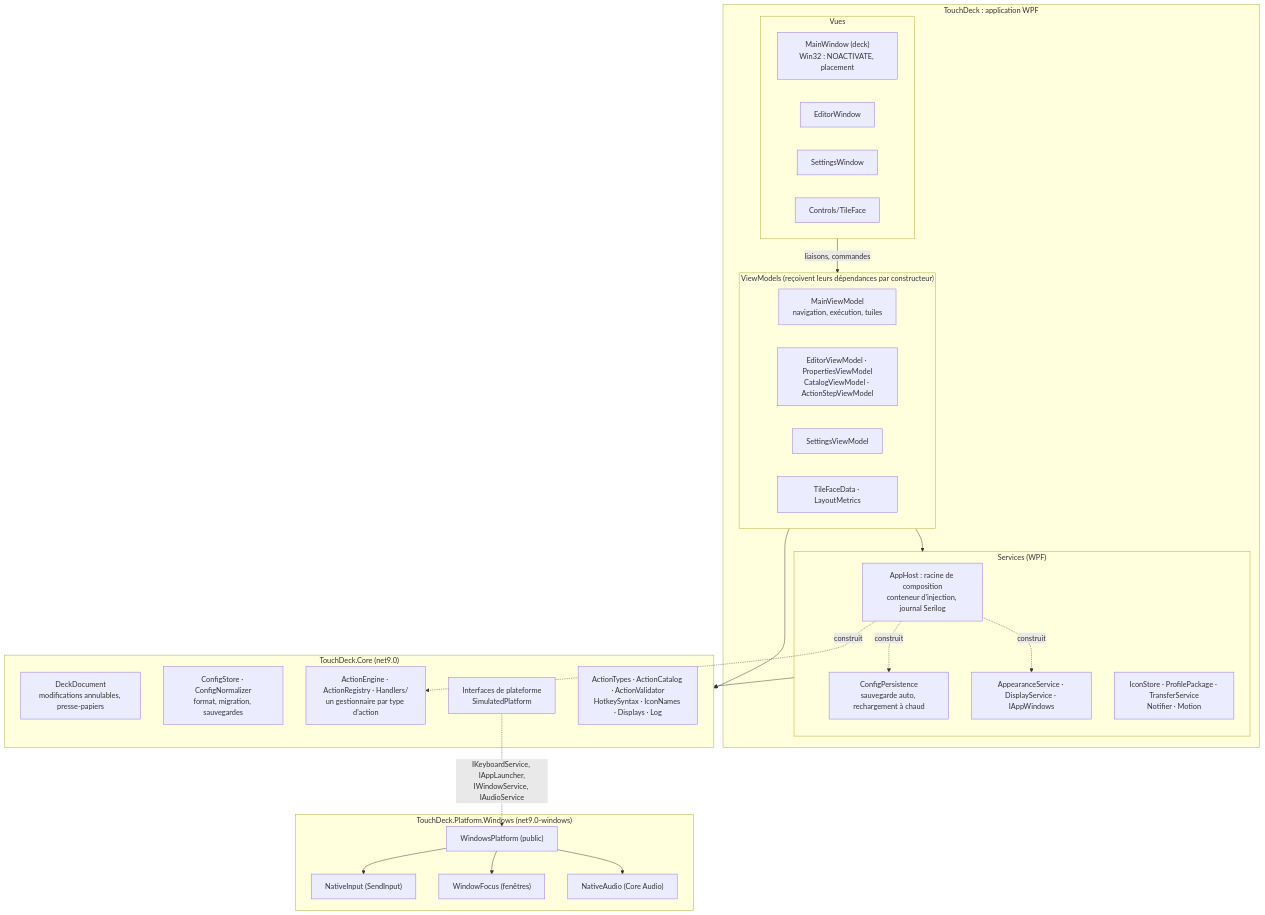
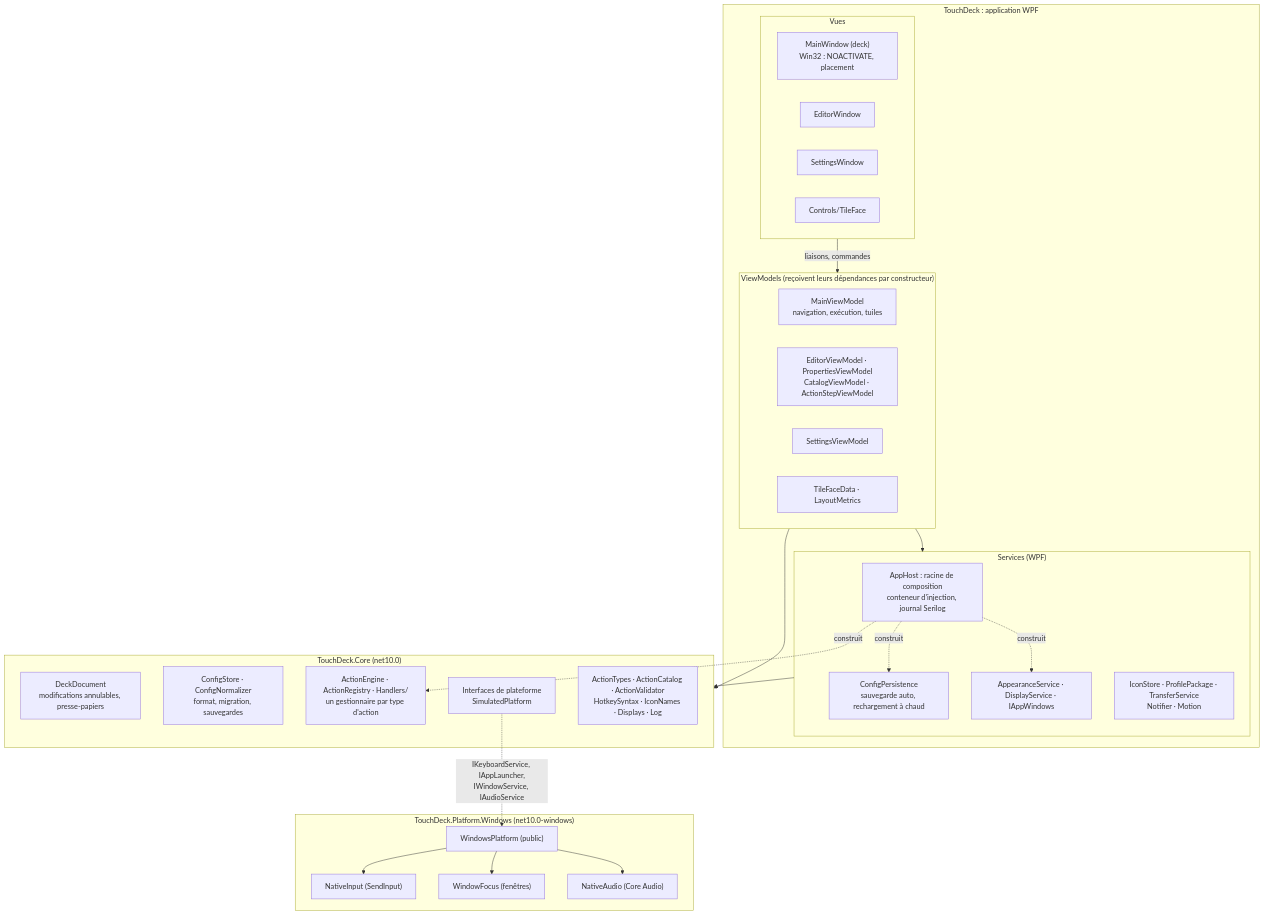
Before and after one commit to Dakire/StreamDeck: the first of 3 diagrams in docs/ARCHITECTURE.md, drawn with Mermaid. The commit also changed other lines of this file and 26 other files, not shown here.

````diff
--- a/docs/ARCHITECTURE.md
+++ b/docs/ARCHITECTURE.md
@@ -13,43 +13,43 @@
 ```mermaid
 flowchart TB
     subgraph App["TouchDeck : application WPF"]
         subgraph Vues["Vues"]
             MW["MainWindow (deck)<br/>Win32 : NOACTIVATE, placement"]
             EW[EditorWindow]
             SW[SettingsWindow]
             TF[Controls/TileFace]
         end
         subgraph VM["ViewModels (reçoivent leurs dépendances par constructeur)"]
             MVM["MainViewModel<br/>navigation, exécution, tuiles"]
             EVM["EditorViewModel · PropertiesViewModel<br/>CatalogViewModel · ActionStepViewModel"]
             SVM[SettingsViewModel]
             LM["TileFaceData · LayoutMetrics"]
         end
         subgraph Services["Services (WPF)"]
             AH["AppHost : racine de composition<br/>conteneur d'injection, journal Serilog"]
             CP["ConfigPersistence<br/>sauvegarde auto, rechargement à chaud"]
             AP["AppearanceService · DisplayService · IAppWindows"]
             OT["IconStore · ProfilePackage · TransferService<br/>Notifier · Motion"]
         end
     end
-    subgraph Core["TouchDeck.Core (net9.0)"]
+    subgraph Core["TouchDeck.Core (net10.0)"]
         DD["DeckDocument<br/>modifications annulables, presse-papiers"]
         CS["ConfigStore · ConfigNormalizer<br/>format, migration, sauvegardes"]
         AE["ActionEngine · ActionRegistry · Handlers/<br/>un gestionnaire par type d'action"]
         PI["Interfaces de plateforme<br/>SimulatedPlatform"]
         UT["ActionTypes · ActionCatalog · ActionValidator<br/>HotkeySyntax · IconNames · Displays · Log"]
     end
-    subgraph Win["TouchDeck.Platform.Windows (net9.0-windows)"]
+    subgraph Win["TouchDeck.Platform.Windows (net10.0-windows)"]
         WP["WindowsPlatform (public)"]
         NI["NativeInput (SendInput)"]
         WF["WindowFocus (fenêtres)"]
         NA["NativeAudio (Core Audio)"]
     end
     Vues -- "liaisons, commandes" --> VM
     VM --> Services
     VM --> Core
     Services --> Core
     AH -. "construit" .-> CP & AP & AE
     PI -. "IKeyboardService, IAppLauncher,<br/>IWindowService, IAudioService" .-> WP
     WP --> NI & WF & NA
 ```
````
